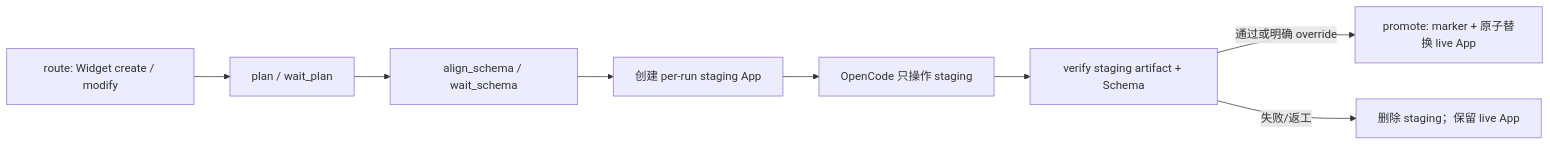
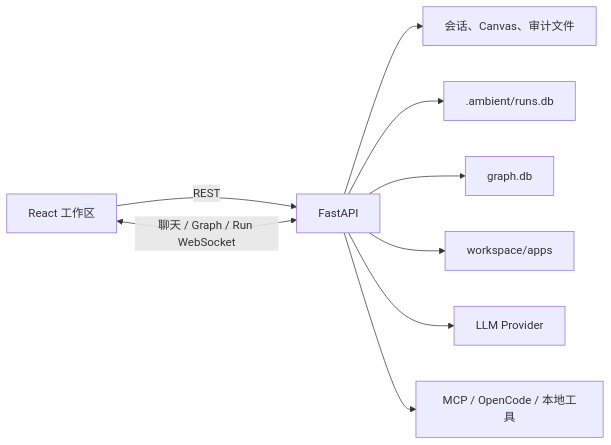
Before and after one commit to BillShiyaoZhang/ambient-agent: the diagram in docs/architecture/overview.md, drawn with Mermaid. The commit also changed other lines of this file and 36 other files, not shown here.

````diff
--- a/docs/architecture/overview.md
+++ b/docs/architecture/overview.md
@@ -96,10 +5,11 @@
 ```mermaid
 flowchart LR
-    Intent[route: Widget create / modify] --> Plan[plan / wait_plan]
-    Plan --> Schema[align_schema / wait_schema]
-    Schema --> Stage[创建 per-run staging App]
-    Stage --> ACP[OpenCode 只操作 staging]
-    ACP --> Verify[verify staging artifact + Schema]
-    Verify -->|通过或明确 override| Promote[promote: marker + 原子替换 live App]
-    Verify -->|失败/返工| Preserve[删除 staging；保留 live App]
+    Browser[React 工作区] -->|REST| API[FastAPI]
+    Browser <-->|聊天 / Graph / Run WebSocket| API
+    API --> Workspace[会话、Canvas、审计文件]
+    API --> RunStore[.ambient/runs.db]
+    API --> Graph[graph.db]
+    API --> Apps[workspace/apps]
+    API --> LLM[LLM Provider]
+    API --> External[MCP / OpenCode / 本地工具]
 ```
````
